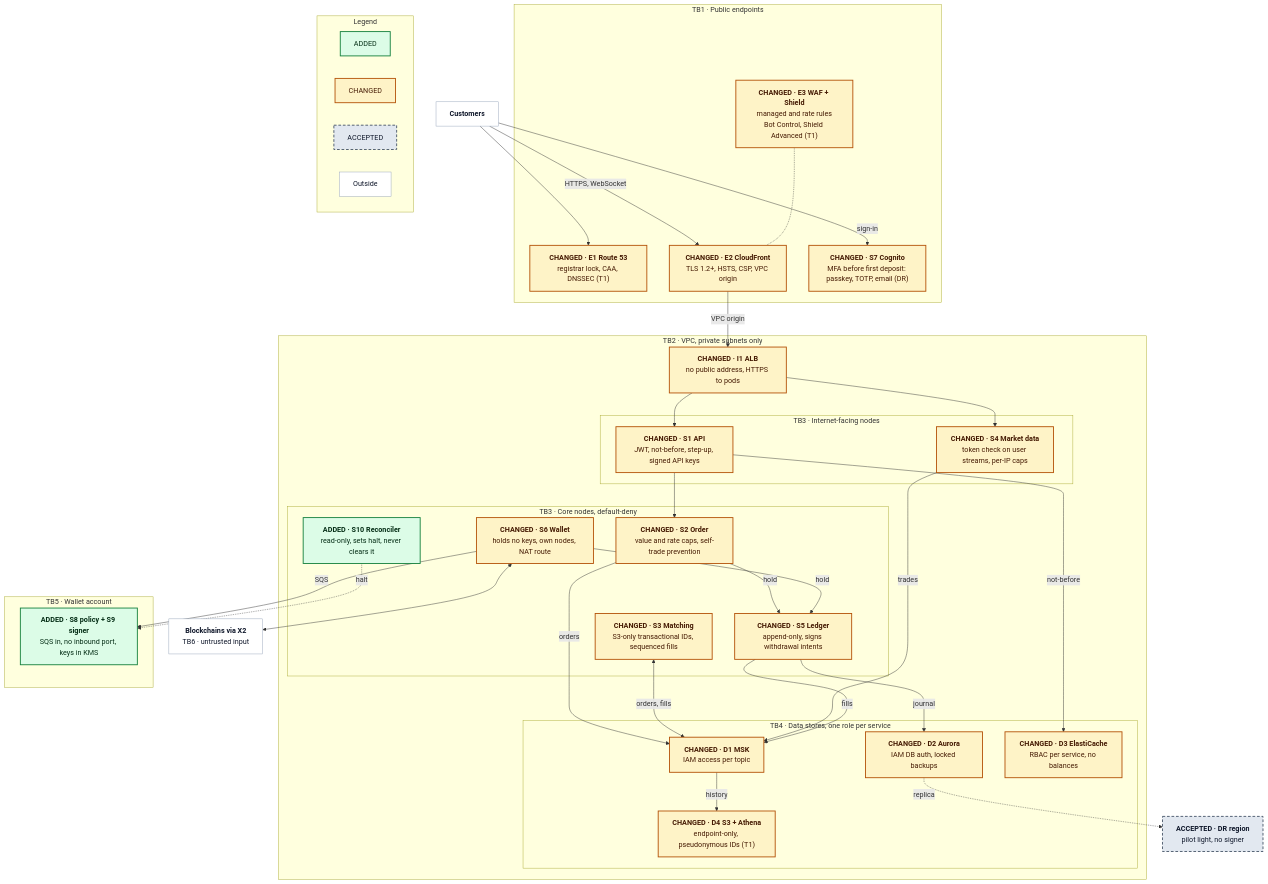
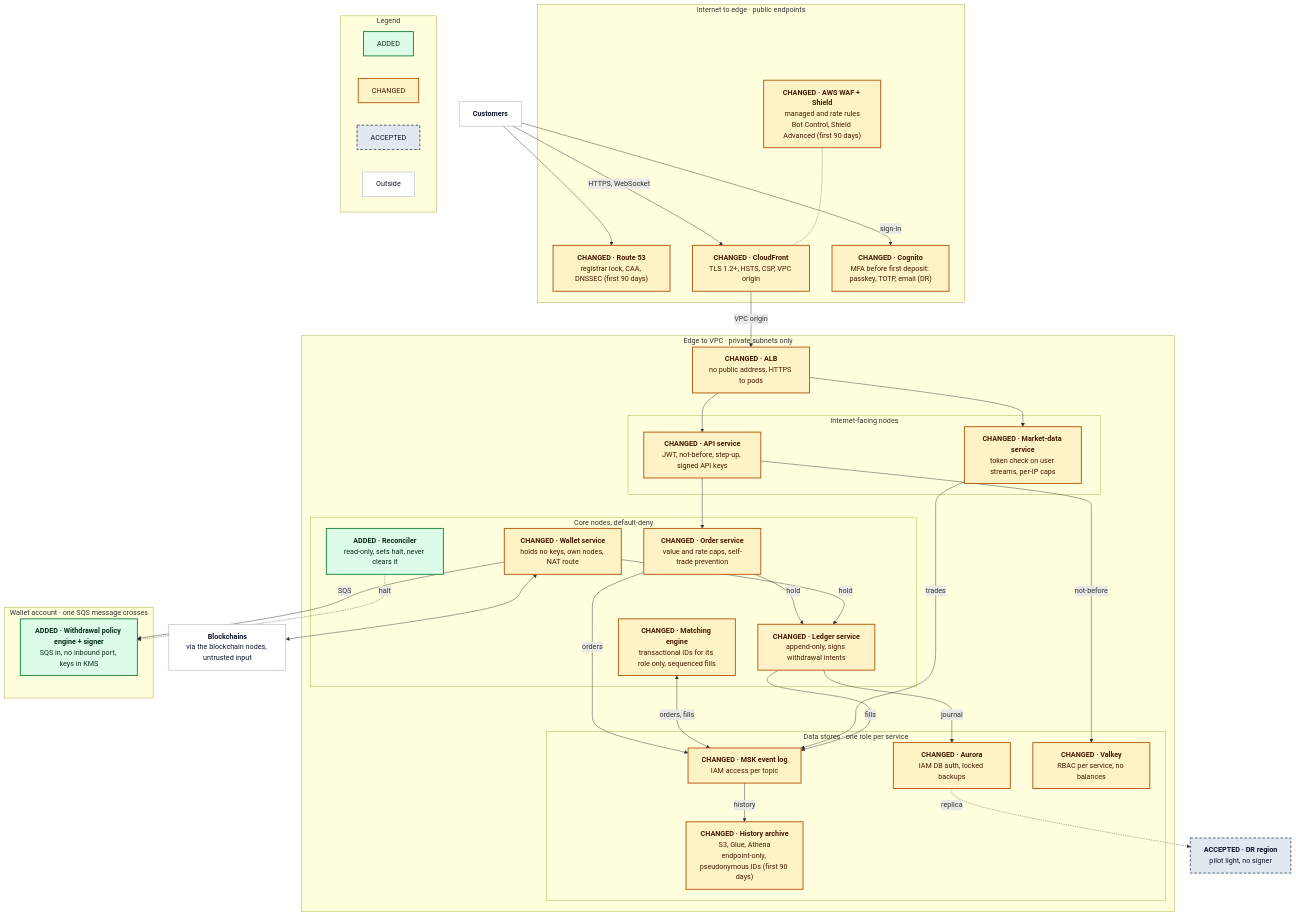
Before and after one commit to ndmquan-git/devops-challenge-ndmquan: the first of 3 diagrams in src/problem5/SOLUTION.md, drawn with Mermaid. The commit also changed other lines of this file and 4 other files, not shown here.

```diff
--- a/src/problem5/SOLUTION.md
+++ b/src/problem5/SOLUTION.md
@@ -137,86 +135,87 @@
 
   users["`**Customers**`"]:::external
 
-  subgraph tb1["TB1 · Public endpoints"]
-    E1["`**CHANGED · E1 Route 53**
-registrar lock, CAA, DNSSEC (T1)`"]:::changed
-    E2["`**CHANGED · E2 CloudFront**
+  subgraph pub["Internet to edge · public endpoints"]
+    r53["`**CHANGED · Route 53**
+registrar lock, CAA, DNSSEC (first 90 days)`"]:::changed
+    cf["`**CHANGED · CloudFront**
 TLS 1.2+, HSTS, CSP, VPC origin`"]:::changed
-    E3["`**CHANGED · E3 WAF + Shield**
+    waf["`**CHANGED · AWS WAF + Shield**
 managed and rate rules
-Bot Control, Shield Advanced (T1)`"]:::changed
-    S7["`**CHANGED · S7 Cognito**
+Bot Control, Shield Advanced (first 90 days)`"]:::changed
+    cognito["`**CHANGED · Cognito**
 MFA before first deposit: passkey, TOTP, email (DR)`"]:::changed
   end
 
-  subgraph tb2["TB2 · VPC, private subnets only"]
-    I1["`**CHANGED · I1 ALB**
+  subgraph vpc["Edge to VPC · private subnets only"]
+    alb["`**CHANGED · ALB**
 no public address, HTTPS to pods`"]:::changed
 
-    subgraph tb3a["TB3 · Internet-facing nodes"]
-      S1["`**CHANGED · S1 API**
+    subgraph facing["Internet-facing nodes"]
+      api["`**CHANGED · API service**
 JWT, not-before, step-up, signed API keys`"]:::changed
-      S4["`**CHANGED · S4 Market data**
+      mkt["`**CHANGED · Market-data service**
 token check on user streams, per-IP caps`"]:::changed
     end
 
-    subgraph tb3b["TB3 · Core nodes, default-deny"]
-      S2["`**CHANGED · S2 Order**
+    subgraph core["Core nodes, default-deny"]
+      order["`**CHANGED · Order service**
 value and rate caps, self-trade prevention`"]:::changed
-      S3["`**CHANGED · S3 Matching**
-S3-only transactional IDs, sequenced fills`"]:::changed
-      S5["`**CHANGED · S5 Ledger**
+      match["`**CHANGED · Matching engine**
+transactional IDs for its role only, sequenced fills`"]:::changed
+      ledger["`**CHANGED · Ledger service**
 append-only, signs withdrawal intents`"]:::changed
-      S6["`**CHANGED · S6 Wallet**
+      wsvc["`**CHANGED · Wallet service**
 holds no keys, own nodes, NAT route`"]:::changed
-      S10["`**ADDED · S10 Reconciler**
+      recon["`**ADDED · Reconciler**
 read-only, sets halt, never clears it`"]:::added
     end
 
-    subgraph tb4["TB4 · Data stores, one role per service"]
-      D1["`**CHANGED · D1 MSK**
+    subgraph stores["Data stores · one role per service"]
+      msk["`**CHANGED · MSK event log**
 IAM access per topic`"]:::changed
-      D2["`**CHANGED · D2 Aurora**
+      aurora["`**CHANGED · Aurora**
 IAM DB auth, locked backups`"]:::changed
-      D3["`**CHANGED · D3 ElastiCache**
+      valkey["`**CHANGED · Valkey**
 RBAC per service, no balances`"]:::changed
-      D4["`**CHANGED · D4 S3 + Athena**
-endpoint-only, pseudonymous IDs (T1)`"]:::changed
+      archive["`**CHANGED · History archive**
+S3, Glue, Athena
+endpoint-only, pseudonymous IDs (first 90 days)`"]:::changed
     end
   end
 
-  chains["`**Blockchains via X2**
-TB6 · untrusted input`"]:::external
+  chains["`**Blockchains**
+via the blockchain nodes, untrusted input`"]:::external
 
-  subgraph tb5["TB5 · Wallet account"]
-    W["`**ADDED · S8 policy + S9 signer**
+  subgraph wacct["Wallet account · one SQS message crosses"]
+    wal["`**ADDED · Withdrawal policy engine + signer**
 SQS in, no inbound port, keys in KMS`"]:::added
   end
 
   DR["`**ACCEPTED · DR region**
 pilot light, no signer`"]:::accepted
 
-  users --> E1
-  users -->|HTTPS, WebSocket| E2
-  E3 -.- E2
-  users -->|sign-in| S7
-  E2 -->|VPC origin| I1
-  I1 --> S1
-  I1 --> S4
-  S1 --> S2
-  S1 -->|not-before| D3
-  S2 -->|hold| S5
-  S2 -->|orders| D1
-  S3 <-->|orders, fills| D1
-  S4 -->|trades| D1
-  S5 -->|fills| D1
-  S5 -->|journal| D2
-  D1 -->|history| D4
-  S6 -->|hold| S5
-  S6 -->|SQS| W
-  S6 <--> chains
-  S10 -.->|halt| W
-  D2 -.->|replica| DR
+  users --> r53
+  users -->|HTTPS, WebSocket| cf
+  waf -.- cf
+  users -->|sign-in| cognito
+  cf -->|VPC origin| alb
+  alb --> api
+  alb --> mkt
+  api --> order
+  api -->|not-before| valkey
+  order -->|hold| ledger
+  order -->|orders| msk
+  match <-->|orders, fills| msk
+  mkt -->|trades| msk
+  ledger -->|fills| msk
+  ledger -->|journal| aurora
+  msk -->|history| archive
+  wsvc -->|hold| ledger
+  wsvc -->|SQS| wal
+  wsvc <--> chains
+  recon -.->|halt| wal
+  aurora -.->|replica| DR
 
   subgraph legend["Legend"]
     direction LR
```
